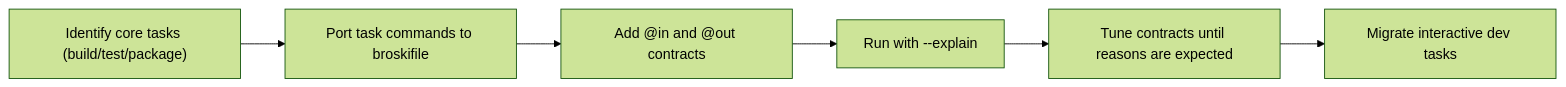
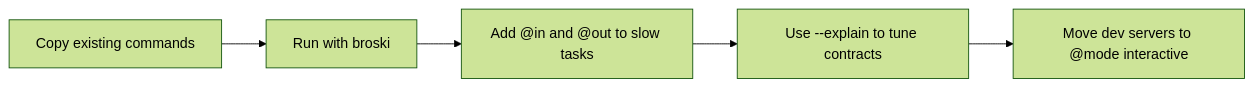
Before and after one commit to himudigonda/Broski: the diagram in website/docs/quickstart/make-just-broski.mdx, drawn with Mermaid (forest theme). The commit also changed other lines of this file and 8 other files, not shown here.

Commit message:
docs(positioning): simplify onboarding and align quickstart flow

````diff
--- a/website/docs/quickstart/make-just-broski.mdx
+++ b/website/docs/quickstart/make-just-broski.mdx
@@ -78,8 +51,7 @@
 ```mermaid
 flowchart LR
-  A["Identify core tasks (build/test/package)"] --> B["Port task commands to broskifile"]
-  B --> C["Add @in and @out contracts"]
-  C --> D["Run with --explain"]
-  D --> E["Tune contracts until reasons are expected"]
-  E --> F["Migrate interactive dev tasks"]
+  A["Copy existing commands"] --> B["Run with broski"]
+  B --> C["Add @in and @out to slow tasks"]
+  C --> D["Use --explain to tune contracts"]
+  D --> E["Move dev servers to @mode interactive"]
 ```
````
